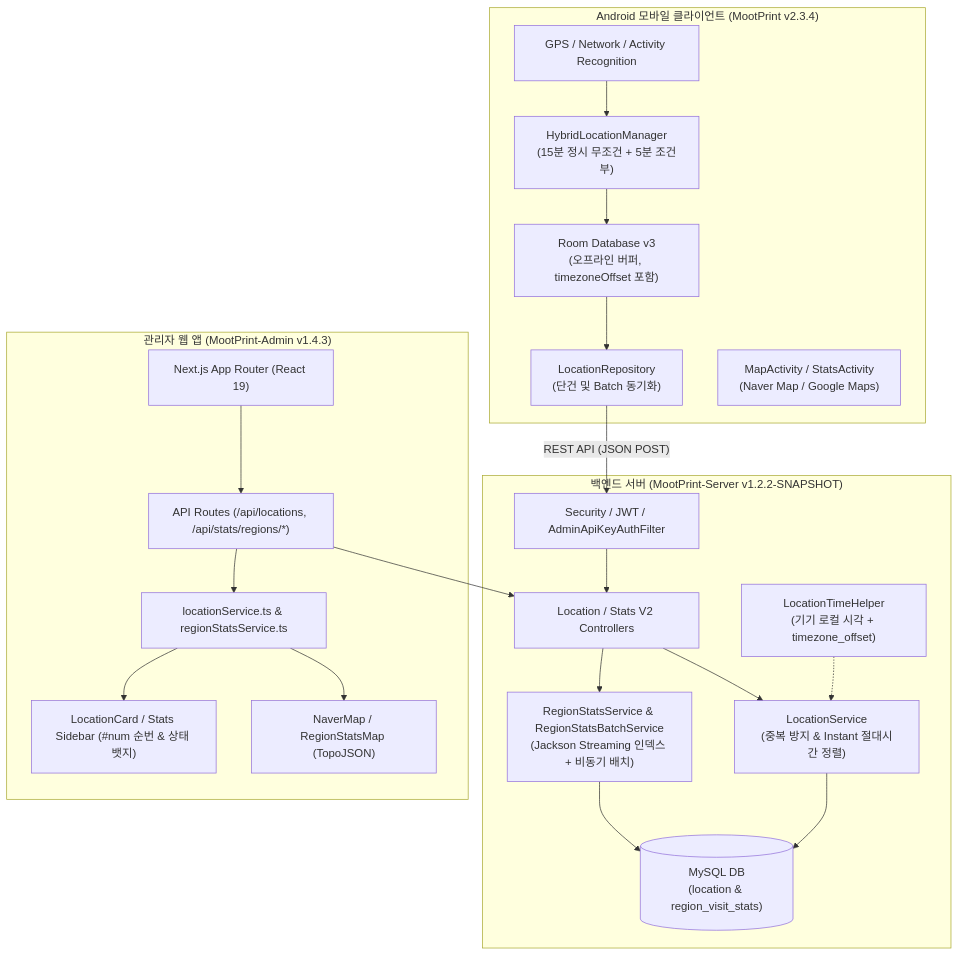
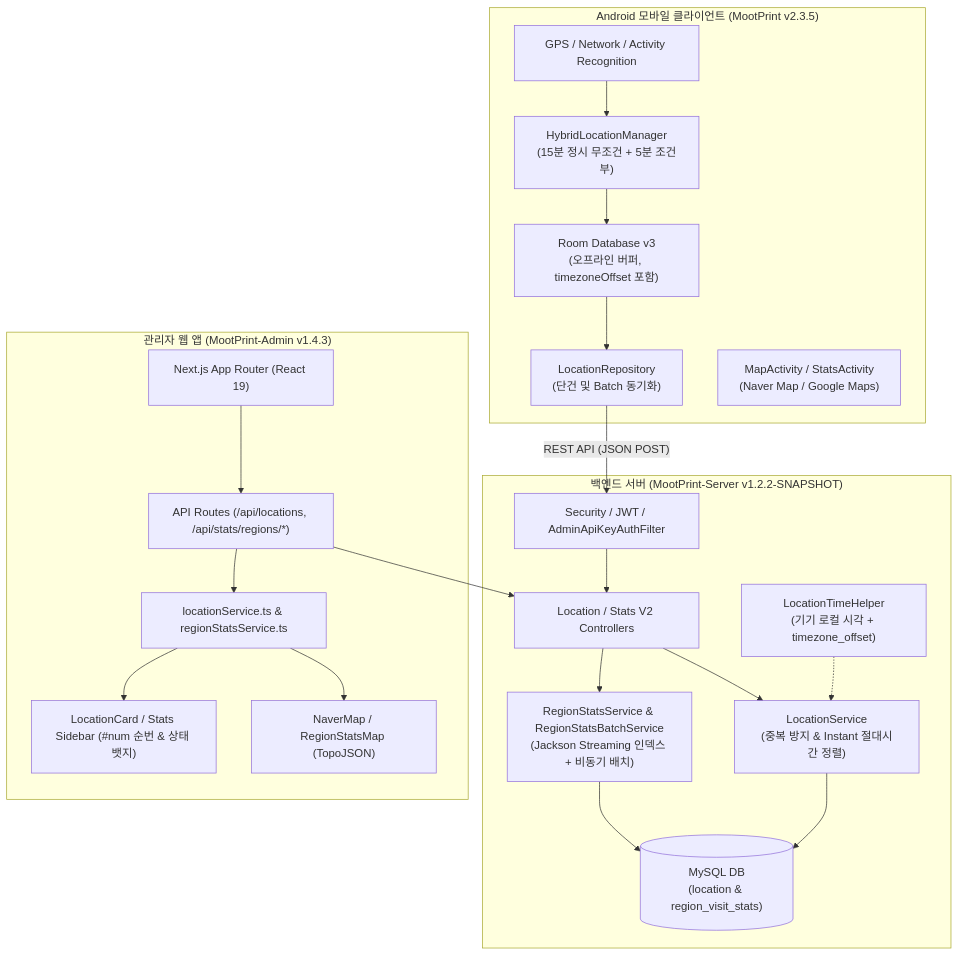
Before and after one commit to mukhoplus/MootPrint-Archive: the diagram in README.md, drawn with Mermaid. The commit also changed other lines of this file, not shown here.

````diff
--- a/README.md
+++ b/README.md
@@ -13,34 +13,34 @@
 ```mermaid
 flowchart TD
-    subgraph Client ["Android 모바일 클라이언트 (MootPrint v2.3.4)"]
+    subgraph Client ["Android 모바일 클라이언트 (MootPrint v2.3.5)"]
         Sensors["GPS / Network / Activity Recognition"] --> Tracker["HybridLocationManager\n(15분 정시 무조건 + 5분 조건부)"]
         Tracker --> RoomDB["Room Database v3\n(오프라인 버퍼, timezoneOffset 포함)"]
         RoomDB --> SyncEngine["LocationRepository\n(단건 및 Batch 동기화)"]
         UI_App["MapActivity / StatsActivity\n(Naver Map / Google Maps)"]
     end
 
     subgraph Server ["백엔드 서버 (MootPrint-Server v1.2.2-SNAPSHOT)"]
         AuthFilter["Security / JWT / AdminApiKeyAuthFilter"] --> Controller["Location / Stats V2 Controllers"]
         Controller --> Service["LocationService\n(중복 방지 & Instant 절대시간 정렬)"]
         Controller --> StatsSvc["RegionStatsService & RegionStatsBatchService\n(Jackson Streaming 인덱스 + 비동기 배치)"]
         Service --> MySQL[("MySQL DB\n(location & region_visit_stats)")]
         StatsSvc --> MySQL
         TimeHelper["LocationTimeHelper\n(기기 로컬 시각 + timezone_offset)"] -.-> Service
     end
 
     subgraph Admin ["관리자 웹 앱 (MootPrint-Admin v1.4.3)"]
         WebPage["Next.js App Router (React 19)"]
         Proxy["API Routes (/api/locations, /api/stats/regions/*)"]
         SortEngine["locationService.ts & regionStatsService.ts"]
         MapDisplay["NaverMap / RegionStatsMap (TopoJSON)"]
         CardDisplay["LocationCard / Stats Sidebar (#num 순번 & 상태 뱃지)"]
 
         WebPage --> Proxy
         Proxy --> Controller
         Proxy --> SortEngine
         SortEngine --> MapDisplay
         SortEngine --> CardDisplay
     end
 
     SyncEngine -- "REST API (JSON POST)" --> AuthFilter
 ```
````
